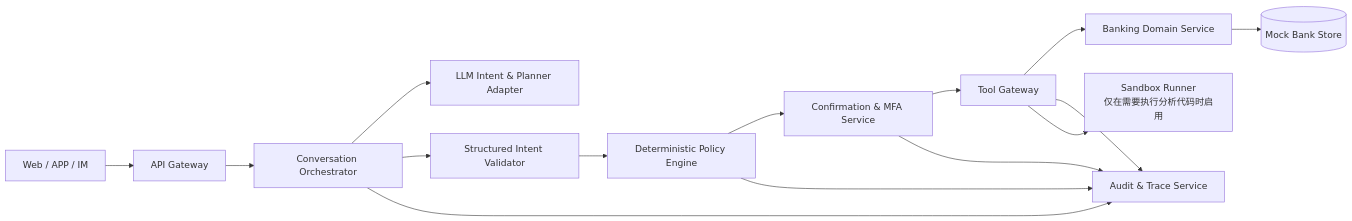
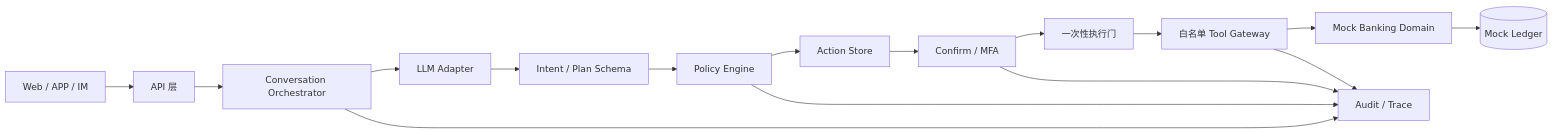
The second of 3 diagrams in docs/技术方案.md (cffa-as/bankagent), drawn with Mermaid before and after one commit. The commit also changed other lines of this file and 3 other files, not shown here.

````diff
--- a/docs/技术方案.md
+++ b/docs/技术方案.md
@@ -158,17 +86,18 @@
 ```mermaid
 flowchart LR
-    U[Web / APP / IM] --> G[API Gateway]
-    G --> A[Conversation Orchestrator]
-    A --> L[LLM Intent & Planner Adapter]
-    A --> V[Structured Intent Validator]
-    V --> P[Deterministic Policy Engine]
-    P --> C[Confirmation & MFA Service]
-    C --> T[Tool Gateway]
-    T --> B[Banking Domain Service]
-    B --> D[(Mock Bank Store)]
-    A --> X[Audit & Trace Service]
-    P --> X
-    C --> X
-    T --> X
-    T --> S[Sandbox Runner<br/>仅在需要执行分析代码时启用]
+    U[Web / APP / IM] --> G[API 层]
+    G --> O[Conversation Orchestrator]
+    O --> L[LLM Adapter]
+    L --> V[Intent / Plan Schema]
+    V --> P[Policy Engine]
+    P --> A[Action Store]
+    A --> C[Confirm / MFA]
+    C --> X[一次性执行门]
+    X --> T[白名单 Tool Gateway]
+    T --> B[Mock Banking Domain]
+    B --> D[(Mock Ledger)]
+    O --> R[Audit / Trace]
+    P --> R
+    C --> R
+    T --> R
 ```
````
